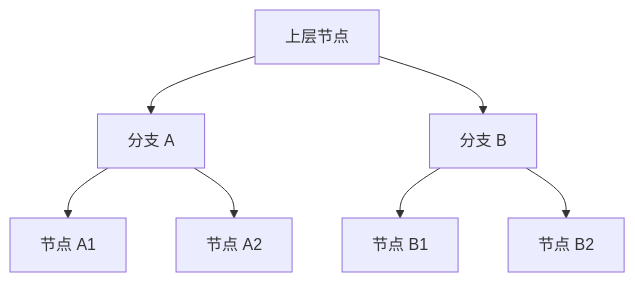
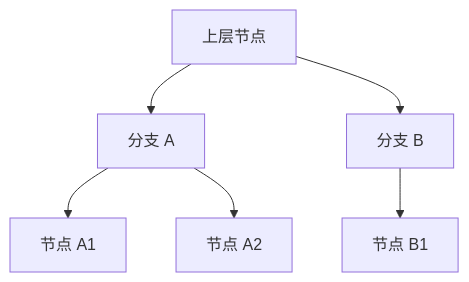
Before and after one commit to 74262195/system-architect-notes: the fourth of 5 diagrams in 01_综合知识/01_计算机系统基础知识/03_计算机网络/08_网络工程与组网/网络拓扑结构.md, drawn with Mermaid. The commit also changed other lines of this file and 8 other files, not shown here.

````diff
--- a/01_综合知识/01_计算机系统基础知识/03_计算机网络/08_网络工程与组网/网络拓扑结构.md
+++ b/01_综合知识/01_计算机系统基础知识/03_计算机网络/08_网络工程与组网/网络拓扑结构.md
@@ -83,9 +84,8 @@
 ```mermaid
 flowchart TB
-  R[上层节点] --> A[分支 A]
-  R --> B[分支 B]
-  A --> A1[节点 A1]
-  A --> A2[节点 A2]
-  B --> B1[节点 B1]
-  B --> B2[节点 B2]
+    R[上层节点] --> A[分支 A]
+    R --> B[分支 B]
+    A --> A1[节点 A1]
+    A --> A2[节点 A2]
+    B --> B1[节点 B1]
 ```
````
